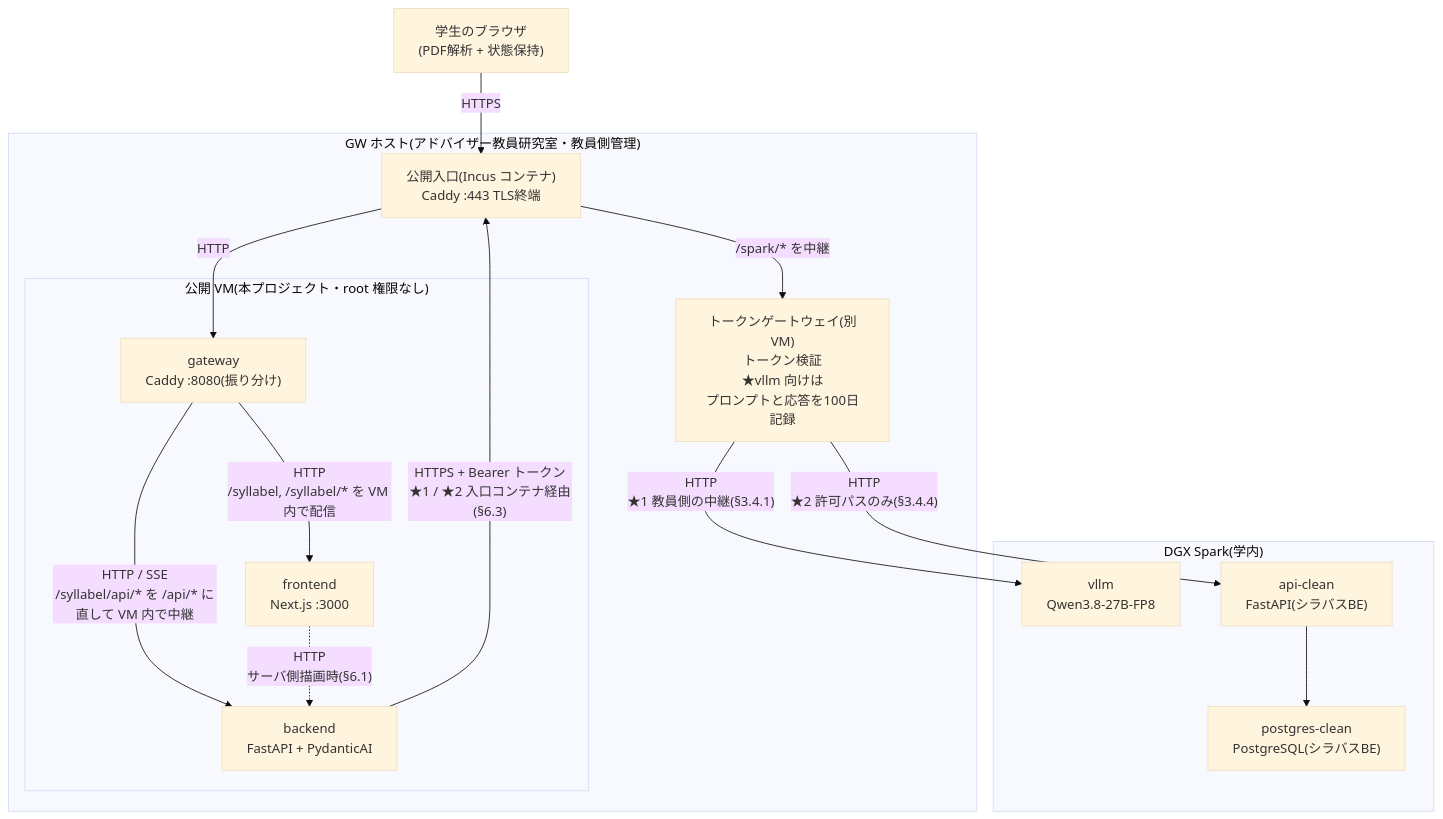
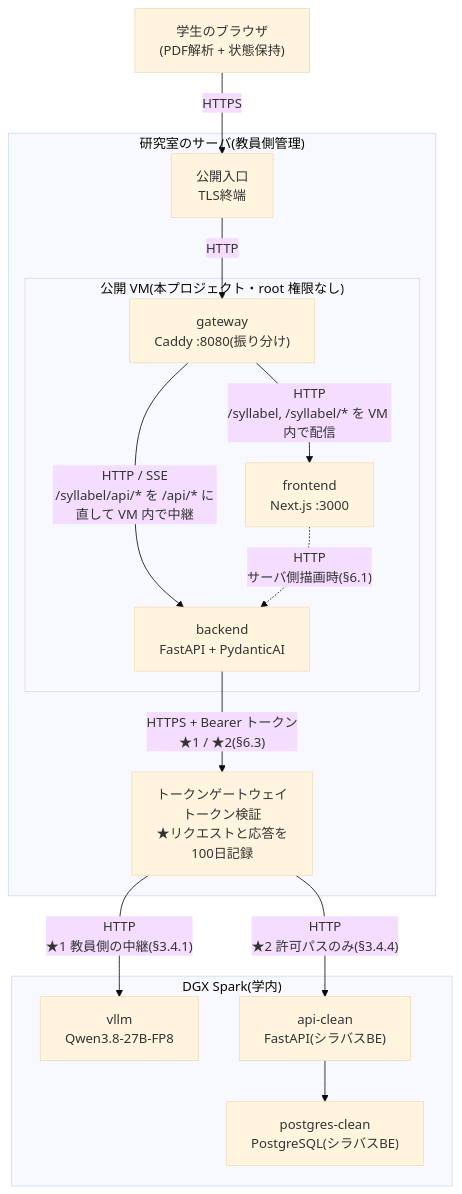
Before and after one commit to ProjectResearch2026/Syllabel: the diagram in docs/design/01-architecture.md, drawn with Mermaid (base theme). The commit also changed other lines of this file and 37 other files, not shown here.

````diff
--- a/docs/design/01-architecture.md
+++ b/docs/design/01-architecture.md
@@ -75,33 +75,32 @@
 ```mermaid
 %% エッジラベルは必ず "..." で囲む。丸括弧を裸で書くと GitHub 上で
 %% parse エラー(Unable to render rich display)になる。
 flowchart TB
     Browser["学生のブラウザ<br/>(PDF解析 + 状態保持)"]
 
-    subgraph GWH["GW ホスト(アドバイザー教員研究室・教員側管理)"]
-      Edge["公開入口(Incus コンテナ)<br/>Caddy :443 TLS終端"]
-      TokenGW["トークンゲートウェイ(別VM)<br/>トークン検証<br/>★vllm 向けは<br/>プロンプトと応答を100日記録"]
+    subgraph GWH["研究室のサーバ(教員側管理)"]
+      Edge["公開入口<br/>TLS終端"]
+      TokenGW["トークンゲートウェイ<br/>トークン検証<br/>★リクエストと応答を<br/>100日記録"]
       subgraph VM["公開 VM(本プロジェクト・root 権限なし)"]
         Gateway["gateway<br/>Caddy :8080(振り分け)"]
         Frontend["frontend<br/>Next.js :3000"]
         Backend["backend<br/>FastAPI + PydanticAI"]
       end
     end
 
     subgraph DGX["DGX Spark(学内)"]
       VLLM["vllm<br/>Qwen3.8-27B-FP8"]
       APIClean["api-clean<br/>FastAPI(シラバスBE)"]
       PG["postgres-clean<br/>PostgreSQL(シラバスBE)"]
     end
 
     Browser -->|"HTTPS"| Edge
     Edge -->|"HTTP"| Gateway
     Gateway -->|"HTTP<br/>/syllabel, /syllabel/* を VM 内で配信"| Frontend
     Gateway -->|"HTTP / SSE<br/>/syllabel/api/* を /api/* に直して VM 内で中継"| Backend
     Frontend -.->|"HTTP<br/>サーバ側描画時(§6.1)"| Backend
-    Backend -->|"HTTPS + Bearer トークン<br/>★1 / ★2 入口コンテナ経由(§6.3)"| Edge
-    Edge -->|"/spark/* を中継"| TokenGW
+    Backend -->|"HTTPS + Bearer トークン<br/>★1 / ★2(§6.3)"| TokenGW
     TokenGW -->|"HTTP<br/>★1 教員側の中継(§3.4.1)"| VLLM
     TokenGW -->|"HTTP<br/>★2 許可パスのみ(§3.4.4)"| APIClean
     APIClean --> PG
 ```
````
